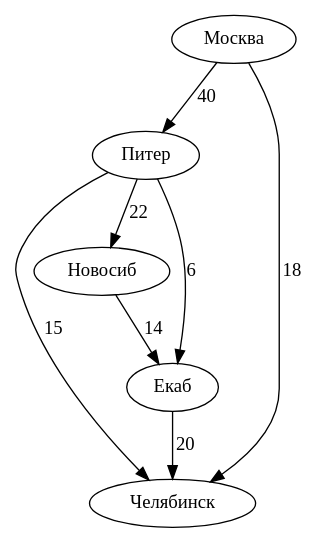
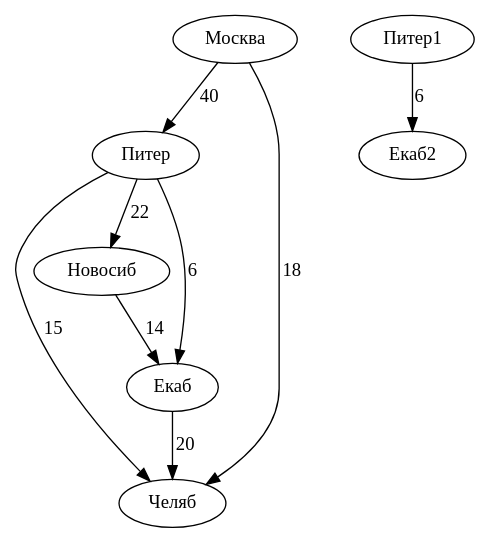
Before and after one commit to AlexanderSenchenko/Coursework_TRPO: the diagram in example1.gv, drawn with Graphviz. The commit also changed 2 other files, not shown here.

```diff
--- a/example1.gv
+++ b/example1.gv
@@ -1,9 +1,11 @@
 digraph HelloWorld {
 	"Москва" -> "Питер"[label="40"];
-	"Москва" -> "Челябинск"[label="18"];
+	"Москва" -> "Челяб"[label="18"];
 	"Питер" -> "Новосиб"[label="22"];
 	"Питер" -> "Екаб"[label="6"];
-	"Питер" -> "Челябинск"[label="15"];
+	"Питер" -> "Челяб"[label="15"];
 	"Новосиб" -> "Екаб"[label="14"];
-	"Екаб" -> "Челябинск"[label="20"];
+	"Екаб" -> "Челяб"[label="20"];
+
+	"Питер1" -> "Екаб2"[label="6"];
 }
```
